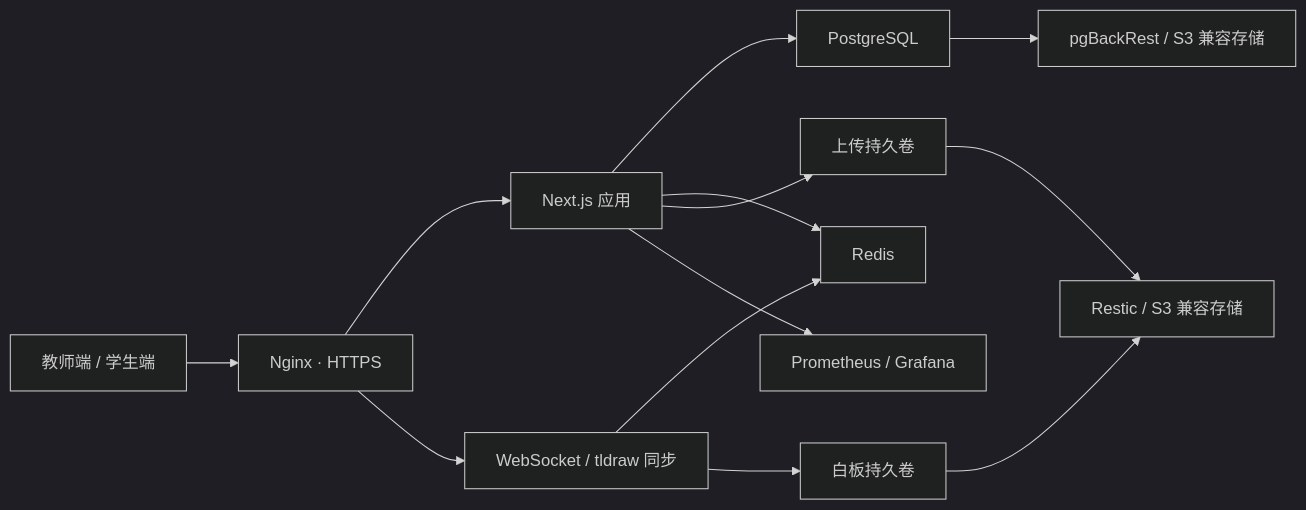
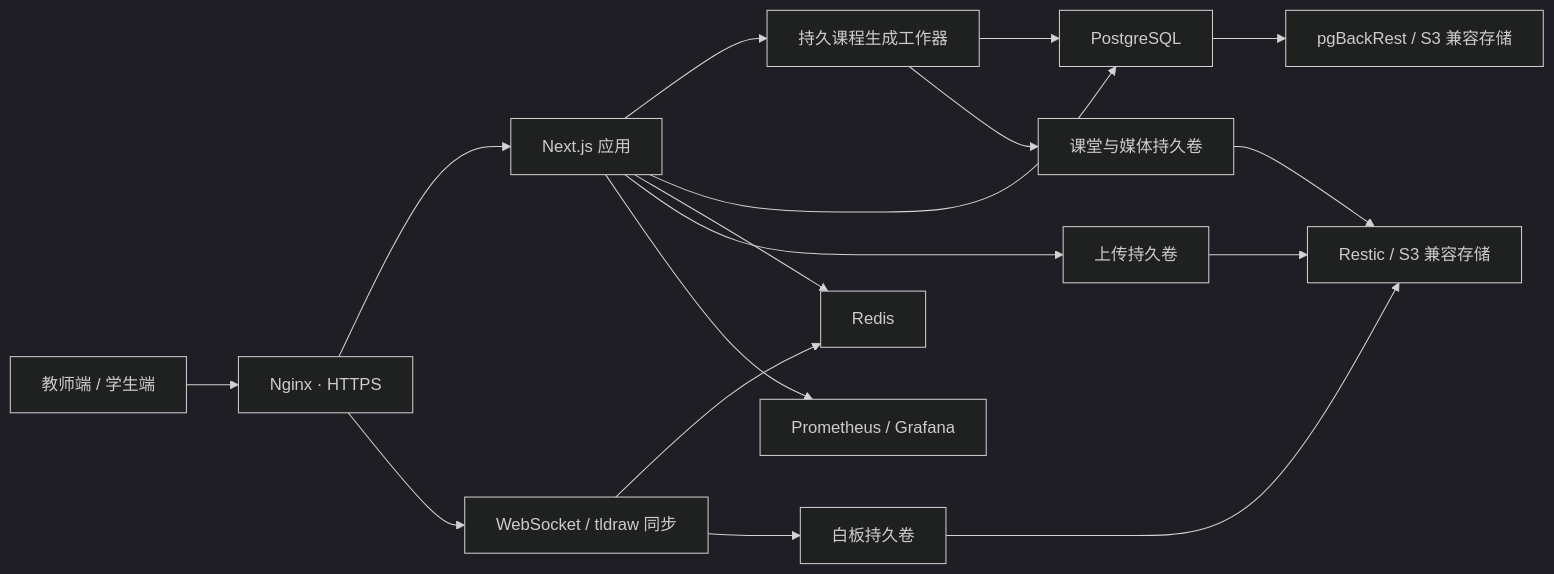
One commit to 050603/openPBL changed the diagram in README.md. Above: the diagram before and after it, drawn with Mermaid (dark theme). The commit also changed other lines of this file and 104 other files, not shown here.

````diff
--- a/README.md
+++ b/README.md
@@ -66,15 +100,19 @@
 ```mermaid
 flowchart LR
     B["教师端 / 学生端"] --> N["Nginx · HTTPS"]
     N --> A["Next.js 应用"]
     N --> W["WebSocket / tldraw 同步"]
+    A --> G["持久课程生成工作器"]
+    G --> P
     A --> P["PostgreSQL"]
     A --> R["Redis"]
     W --> R
     W --> V["白板持久卷"]
     A --> U["上传持久卷"]
+    G --> C["课堂与媒体持久卷"]
     P --> BK["pgBackRest / S3 兼容存储"]
     U --> RB["Restic / S3 兼容存储"]
     V --> RB
+    C --> RB
     A --> M["Prometheus / Grafana"]
 ```
````
